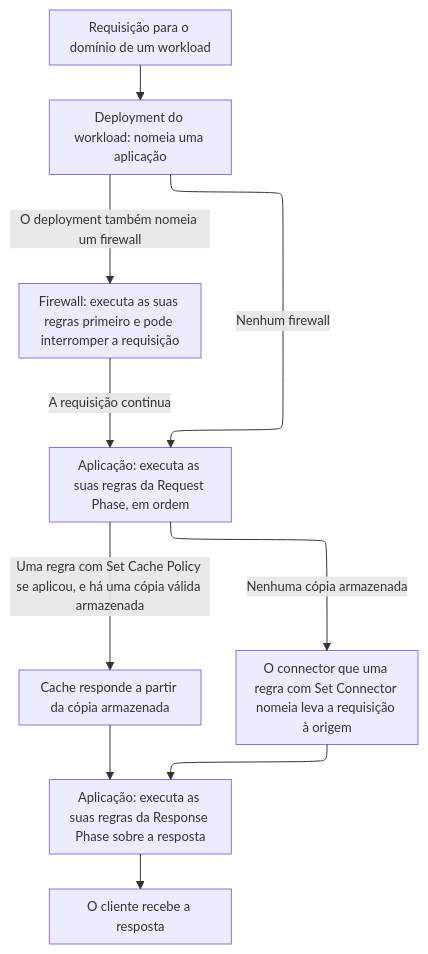
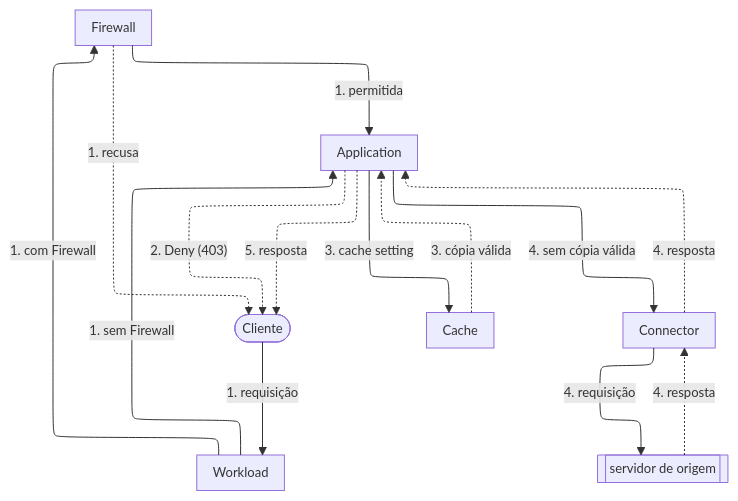
Before and after one commit to aziontech/docs: the diagram in apps/docs/src/content/docs/pt-br/pages/menu-principal/referencia/build/edge-application/edge-application.mdx, drawn with Mermaid. The commit also changed other lines of this file and 91 other files, not shown here.

````diff
--- a/apps/docs/src/content/docs/pt-br/pages/menu-principal/referencia/build/edge-application/edge-application.mdx
+++ b/apps/docs/src/content/docs/pt-br/pages/menu-principal/referencia/build/edge-application/edge-application.mdx
@@ -65,13 +69,24 @@
 ```mermaid
-%%{init: {"layout": "elk", "themeVariables": {"fontSize": "13px"}, "flowchart": {"nodeSpacing": 24, "rankSpacing": 36, "padding": 8, "wrappingWidth": 150, "useMaxWidth": true}, "sequence": {"width": 120, "actorMargin": 30, "useMaxWidth": true}}}%%
+%%{init: {"layout": "elk", "elk": {"cycleBreakingStrategy": "MODEL_ORDER"}, "themeVariables": {"fontSize": "13px"}, "flowchart": {"nodeSpacing": 24, "rankSpacing": 36, "padding": 8, "wrappingWidth": 150, "useMaxWidth": true}, "sequence": {"width": 120, "actorMargin": 30, "useMaxWidth": true}}}%%
 flowchart TD
-  Q["Requisição para o domínio de um workload"] --> D["Deployment do workload: nomeia uma aplicação"]
-  D -->|"O deployment também nomeia um firewall"| FW["Firewall: executa as suas regras primeiro e pode interromper a requisição"]
-  D -->|"Nenhum firewall"| R["Aplicação: executa as suas regras da Request Phase, em ordem"]
-  FW -->|"A requisição continua"| R
-  R -->|"Uma regra com Set Cache Policy se aplicou, e há uma cópia válida armazenada"| C["Cache responde a partir da cópia armazenada"]
-  R -->|"Nenhuma cópia armazenada"| O["O connector que uma regra com Set Connector nomeia leva a requisição à origem"]
-  C --> P["Aplicação: executa as suas regras da Response Phase sobre a resposta"]
-  O --> P
-  P --> A["O cliente recebe a resposta"]
+  Client(["Cliente"])
+  WL["Workload"]
+  FW["Firewall"]
+  App["Application"]
+  Cache["Cache"]
+  Conn["Connector"]
+  Origin[["servidor de origem"]]
+  Client -->|"1. requisição"| WL
+  WL -->|"1. com Firewall"| FW
+  WL -->|"1. sem Firewall"| App
+  FW -->|"1. permitida"| App
+  FW -.->|"1. recusa"| Client
+  App -.->|"2. Deny (403)"| Client
+  App -->|"3. cache setting"| Cache
+  Cache -.->|"3. cópia válida"| App
+  App -->|"4. sem cópia válida"| Conn
+  Conn -->|"4. requisição"| Origin
+  Origin -.->|"4. resposta"| Conn
+  Conn -.->|"4. resposta"| App
+  App -.->|"5. resposta"| Client
 ```
````
